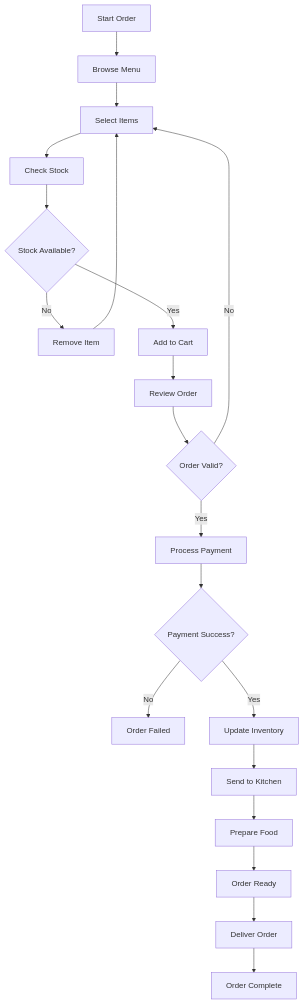
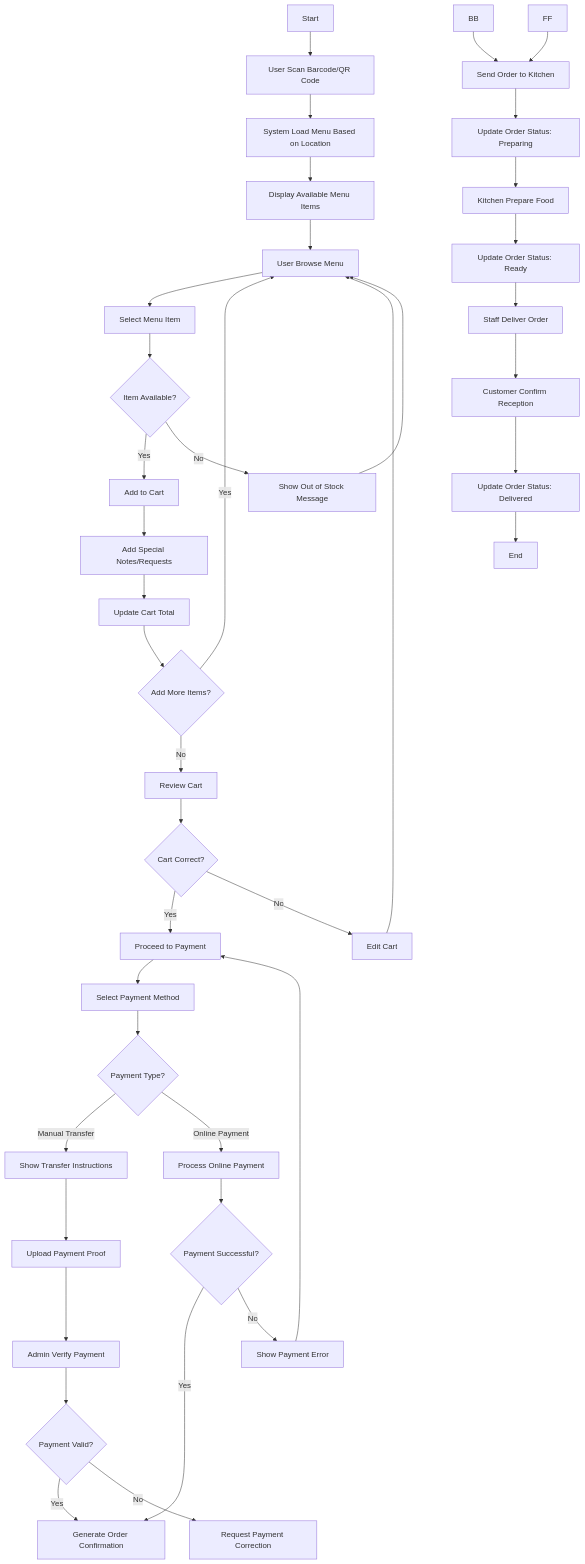
One commit to BlackCoffeee/raujan_pool changed diagram 15 of 35 in Planing/06-uml-diagrams.md. Above: the diagram before and after it, drawn with Mermaid. The commit also changed other lines of this file, not shown here.

````diff
--- a/Planing/06-uml-diagrams.md
+++ b/Planing/06-uml-diagrams.md
@@ -1612,22 +1466,43 @@
 ```mermaid
-graph TD
-    A[Start Order] --> B[Browse Menu]
-    B --> C[Select Items]
-    C --> D[Check Stock]
-    D --> E{Stock Available?}
-    E -->|No| F[Remove Item]
-    F --> C
-    E -->|Yes| G[Add to Cart]
-    G --> H[Review Order]
-    H --> I{Order Valid?}
-    I -->|No| C
-    I -->|Yes| J[Process Payment]
-    J --> K{Payment Success?}
-    K -->|No| L[Order Failed]
-    K -->|Yes| M[Update Inventory]
-    M --> N[Send to Kitchen]
-    N --> O[Prepare Food]
-    O --> P[Order Ready]
-    P --> Q[Deliver Order]
-    Q --> R[Order Complete]
+flowchart TD
+    A[Start] --> B[User Scan Barcode/QR Code]
+    B --> C[System Load Menu Based on Location]
+    C --> D[Display Available Menu Items]
+    D --> E[User Browse Menu]
+    E --> F[Select Menu Item]
+    F --> G{Item Available?}
+    G -->|Yes| H[Add to Cart]
+    G -->|No| I[Show Out of Stock Message]
+    I --> E
+    H --> J[Add Special Notes/Requests]
+    J --> K[Update Cart Total]
+    K --> L{Add More Items?}
+    L -->|Yes| E
+    L -->|No| M[Review Cart]
+    M --> N{Cart Correct?}
+    N -->|Yes| O[Proceed to Payment]
+    N -->|No| P[Edit Cart]
+    P --> E
+    O --> Q[Select Payment Method]
+    Q --> R{Payment Type?}
+    R -->|Manual Transfer| S[Show Transfer Instructions]
+    R -->|Online Payment| T[Process Online Payment]
+    S --> U[Upload Payment Proof]
+    T --> V{Payment Successful?}
+    V -->|Yes| W[Generate Order Confirmation]
+    V -->|No| X[Show Payment Error]
+    X --> O
+    U --> Y[Admin Verify Payment]
+    Y --> Z{Payment Valid?}
+    Z -->|Yes| W
+    Z -->|No| AA[Request Payment Correction]
+    BB --> GG[Send Order to Kitchen]
+    FF --> GG
+    GG --> HH[Update Order Status: Preparing]
+    HH --> II[Kitchen Prepare Food]
+    II --> JJ[Update Order Status: Ready]
+    JJ --> KK[Staff Deliver Order]
+    KK --> LL[Customer Confirm Reception]
+    LL --> MM[Update Order Status: Delivered]
+    MM --> NN[End]
 ```
````
